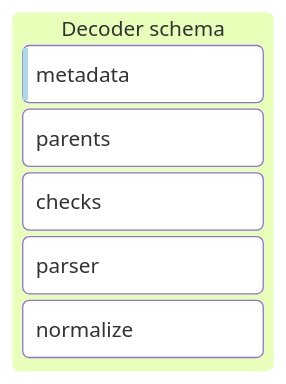
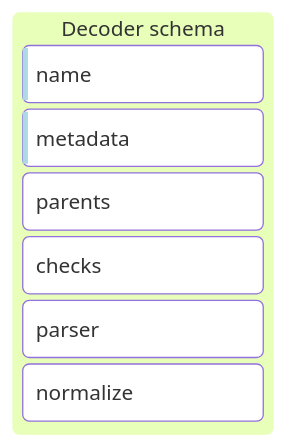
Before and after one commit to wazuh/wazuh: diagram 12 of 15 in ref/modules/engine/README.md, drawn with Mermaid. The commit also changed other lines of this file and 3 other files, not shown here.

````diff
--- a/ref/modules/engine/README.md
+++ b/ref/modules/engine/README.md
@@ -1294,12 +1294,13 @@
 ```mermaid
 ---
 title: Decoder schema
 ---
 kanban
   Decoder[Decoder schema]
+    assetName["name"]@{ priority: 'Very Low'}
     assetMetadata["metadata"]@{ priority: 'Very Low'}
     assetParents["parents"]
     assetChecks["checks"]
     decoParsers["parser"]
     decoNormalize["normalize"]
 ```
````
